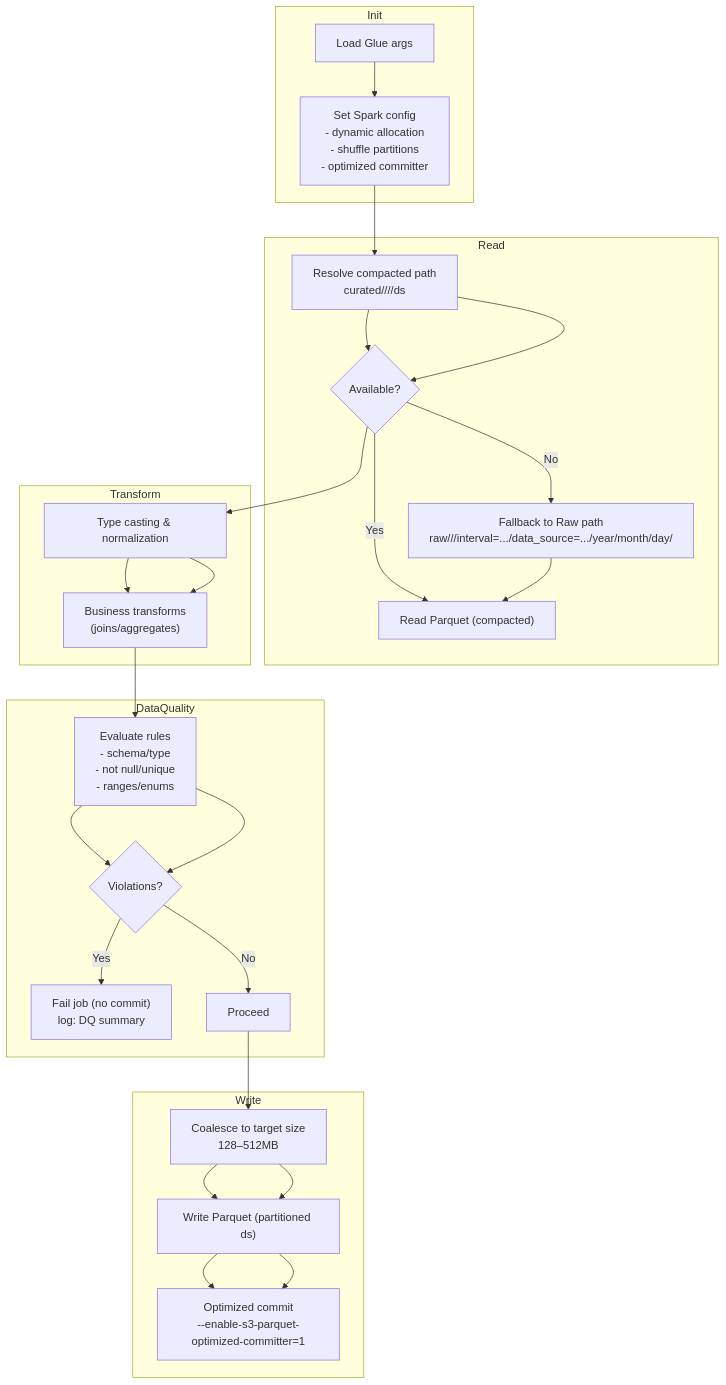
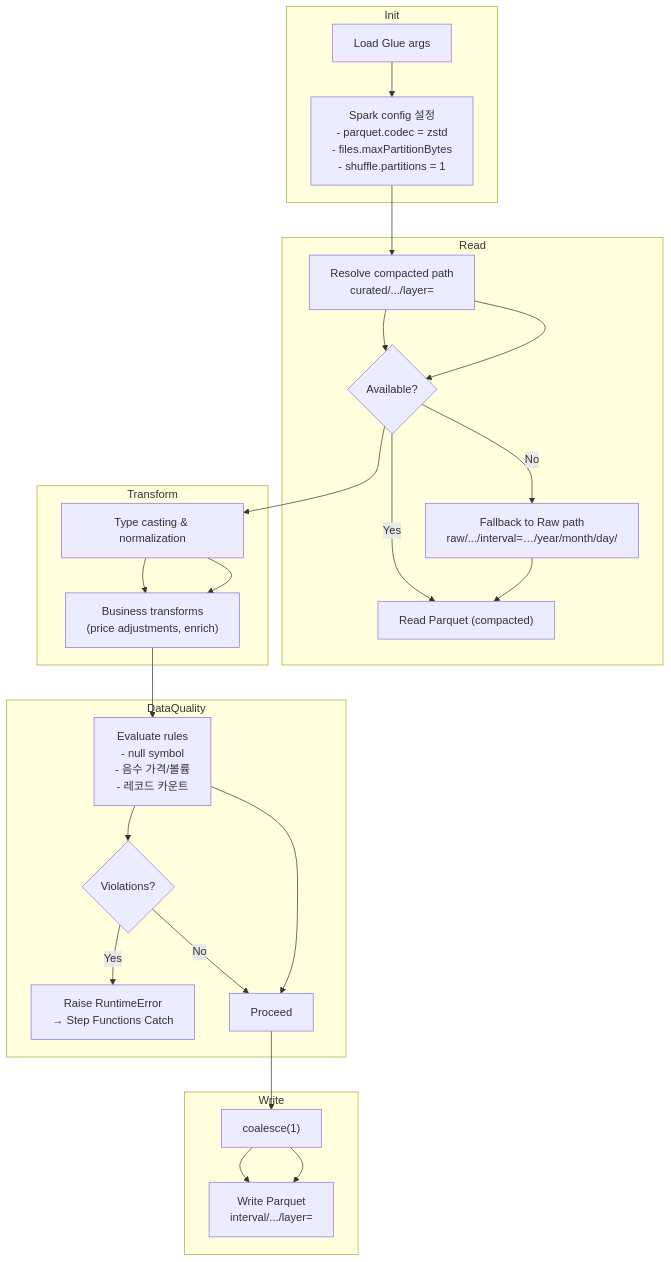
The diagram in docs/diagrams/transform/06-glue-job-internals.md (keemgdeok/fin-forge-pipeline), drawn with Mermaid before and after one commit. The commit also changed other lines of this file and 35 other files, not shown here.

Commit message:
docs: refresh diagrams

````diff
--- a/docs/diagrams/transform/06-glue-job-internals.md
+++ b/docs/diagrams/transform/06-glue-job-internals.md
@@ -3,33 +3,31 @@
 ```mermaid
 flowchart TD
   subgraph Init
-    A1["Load Glue args"] --> A2["Set Spark config<br/>- dynamic allocation<br/>- shuffle partitions<br/>- optimized committer"]
+    A1["Load Glue args"] --> A2["Spark config 설정\n- parquet.codec = zstd\n- files.maxPartitionBytes<br/>- shuffle.partitions = 1"]
   end
 
   subgraph Read
-    R1["Resolve compacted path<br/>curated/<domain>/<table>/<subdir>/ds"] --> R2{Available?}
+    R1["Resolve compacted path\ncurated/.../layer=<compacted>"] --> R2{Available?}
     R2 -->|Yes| R3["Read Parquet (compacted)"]
-    R2 -->|No| R4["Fallback to Raw path<br/>raw/<domain>/<table>/interval=.../data_source=.../year/month/day/"]
+    R2 -->|No| R4["Fallback to Raw path\nraw/.../interval=…/year/month/day/"]
     R4 --> R3
   end
 
   subgraph Transform
-    T1["Type casting & normalization"] --> T2["Business transforms<br/>(joins/aggregates)"]
+    T1["Type casting & normalization"] --> T2["Business transforms<br/>(price adjustments, enrich)"]
   end
 
   subgraph DataQuality
-    DQ1["Evaluate rules<br/>- schema/type<br/>- not null/unique<br/>- ranges/enums"] --> DQ2{Violations?}
-    DQ2 -->|Yes| DQF["Fail job (no commit)<br/>log: DQ summary"]
+    DQ1["Evaluate rules\n- null symbol\n- 음수 가격/볼륨\n- 레코드 카운트"] --> DQ2{Violations?}
+    DQ2 -->|Yes| DQF["Raise RuntimeError\n→ Step Functions Catch"]
     DQ2 -->|No| DQP["Proceed"]
   end
 
   subgraph Write
-    W1["Coalesce to target size<br/>128–512MB"] --> W2["Write Parquet (partitioned ds)"]
-    W2 --> W3["Optimized commit<br/>--enable-s3-parquet-optimized-committer=1"]
+    W1["coalesce(1)"] --> W2["Write Parquet\ninterval/.../layer=<curated>"]
   end
 
-  A2 --> R1 --> R2 --> T1 --> T2 --> DQ1 --> DQ2
-  DQP --> W1 --> W2 --> W3
+  A2 --> R1 --> R2 --> T1 --> T2 --> DQ1 --> DQP --> W1 --> W2
 
   classDef note fill:#eef7ff,stroke:#3d7ea6,color:#244a5b;
 ```
````
